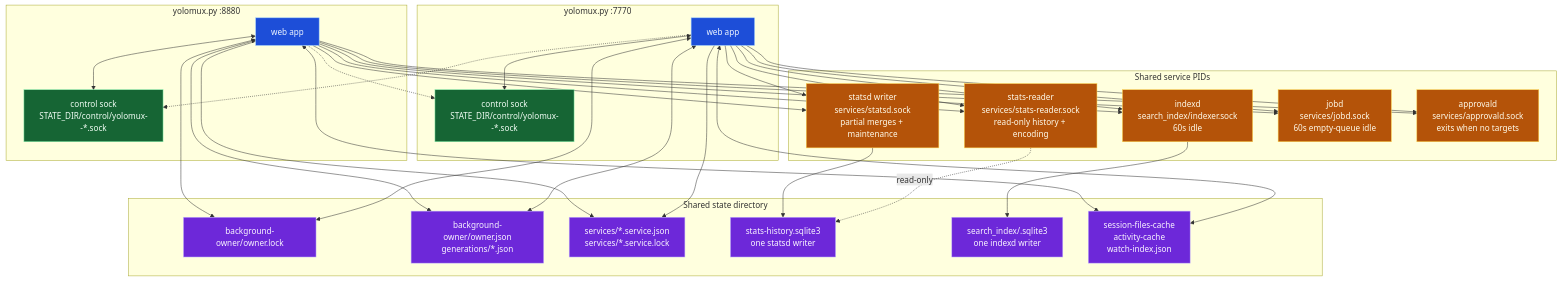
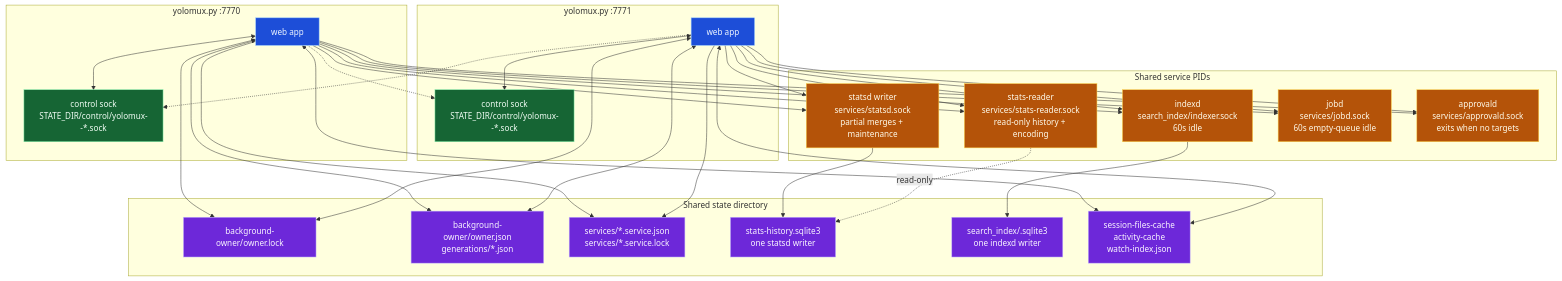
The third of 3 diagrams in README.md (keivenchang/yolomux), drawn with Mermaid before and after one commit. The commit also changed other lines of this file and 6 other files, not shown here.

````diff
--- a/README.md
+++ b/README.md
@@ -158,62 +158,62 @@
 ```mermaid
 flowchart TB
-  subgraph p1["yolomux.py :8880"]
+  subgraph p1["yolomux.py :7770"]
     app1["web app"]
     sock1["control sock\nSTATE_DIR/control/yolomux-<pid>-*.sock"]
   end
-  subgraph p2["yolomux.py :7770"]
+  subgraph p2["yolomux.py :7771"]
     app2["web app"]
     sock2["control sock\nSTATE_DIR/control/yolomux-<pid>-*.sock"]
   end
 
   subgraph state["Shared state directory"]
     ownerlock["background-owner/owner.lock"]
     ownerjson["background-owner/owner.json\ngenerations/*.json"]
     records["services/*.service.json\nservices/*.service.lock"]
     statsdb["stats-history.sqlite3\none statsd writer"]
     indexes["search_index/<digest>.sqlite3\none indexd writer"]
     caches["session-files-cache\nactivity-cache\nwatch-index.json"]
   end
   subgraph svc["Shared service PIDs"]
     statsd2["statsd writer\nservices/statsd.sock\npartial merges + maintenance"]
     statsreader2["stats-reader\nservices/stats-reader.sock\nread-only history + encoding"]
     indexer["indexd\nsearch_index/indexer.sock\n60s idle"]
     jobd2["jobd\nservices/jobd.sock\n60s empty-queue idle"]
     approvald2["approvald\nservices/approvald.sock\nexits when no targets"]
   end
 
   app1 <--> sock1
   app2 <--> sock2
   app2 -.-> sock1
   app1 -.-> sock2
   app1 <--> ownerlock
   app1 <--> ownerjson
   app2 <--> ownerlock
   app2 <--> ownerjson
   app1 --> records
   app2 --> records
   app1 --> statsd2
   app2 --> statsd2
   app1 --> statsreader2
   app2 --> statsreader2
   app1 --> indexer
   app2 --> indexer
   app1 --> jobd2
   app2 --> jobd2
   app1 --> approvald2
   app2 --> approvald2
   statsd2 --> statsdb
   statsreader2 -. read-only .-> statsdb
   indexer --> indexes
   app1 <--> caches
   app2 <--> caches
 
   classDef process fill:#1d4ed8,stroke:#93c5fd,color:#eff6ff
   classDef socket fill:#166534,stroke:#86efac,color:#f0fdf4
   classDef durable fill:#6d28d9,stroke:#c4b5fd,color:#faf5ff
   classDef localChild fill:#b45309,stroke:#fcd34d,color:#fffbeb
   class app1,app2 process
   class sock1,sock2 socket
   class ownerlock,ownerjson,records,statsdb,indexes,caches durable
   class statsd2,statsreader2,indexer,jobd2,approvald2 localChild
 ```
````
